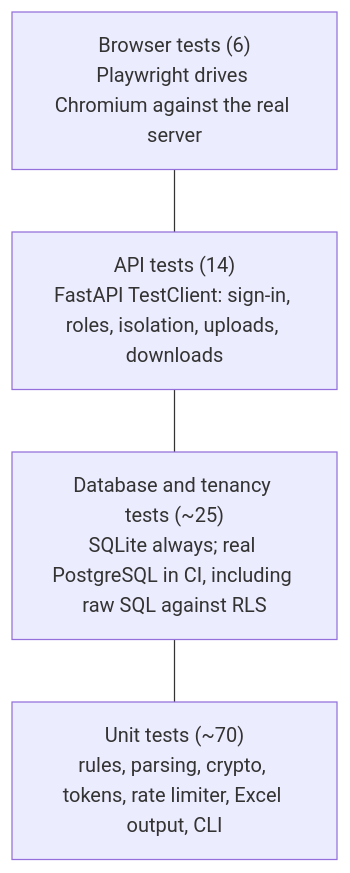
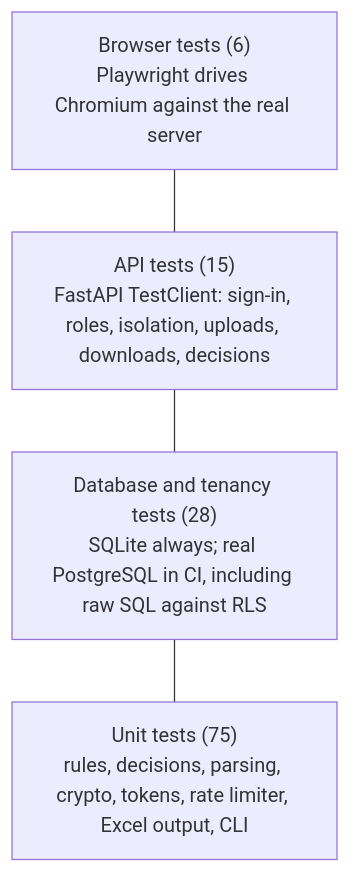
Before and after one commit to cam123-cpu/Invoice-Anomaly-Detector: the seventh of 7 diagrams in docs/HOW-IT-WORKS.md, drawn with Mermaid. The commit also changed other lines of this file and 18 other files, not shown here.

````diff
--- a/docs/HOW-IT-WORKS.md
+++ b/docs/HOW-IT-WORKS.md
@@ -949,8 +999,8 @@
 ```mermaid
 flowchart TB
     E2E["Browser tests (6)<br/>Playwright drives Chromium against the real server"]
-    API["API tests (14)<br/>FastAPI TestClient: sign-in, roles, isolation, uploads, downloads"]
-    DB["Database and tenancy tests (~25)<br/>SQLite always; real PostgreSQL in CI, including raw SQL against RLS"]
-    UNIT["Unit tests (~70)<br/>rules, parsing, crypto, tokens, rate limiter, Excel output, CLI"]
+    API["API tests (15)<br/>FastAPI TestClient: sign-in, roles, isolation, uploads, downloads, decisions"]
+    DB["Database and tenancy tests (28)<br/>SQLite always; real PostgreSQL in CI, including raw SQL against RLS"]
+    UNIT["Unit tests (75)<br/>rules, decisions, parsing, crypto, tokens, rate limiter, Excel output, CLI"]
     E2E --- API --- DB --- UNIT
 ```
````
